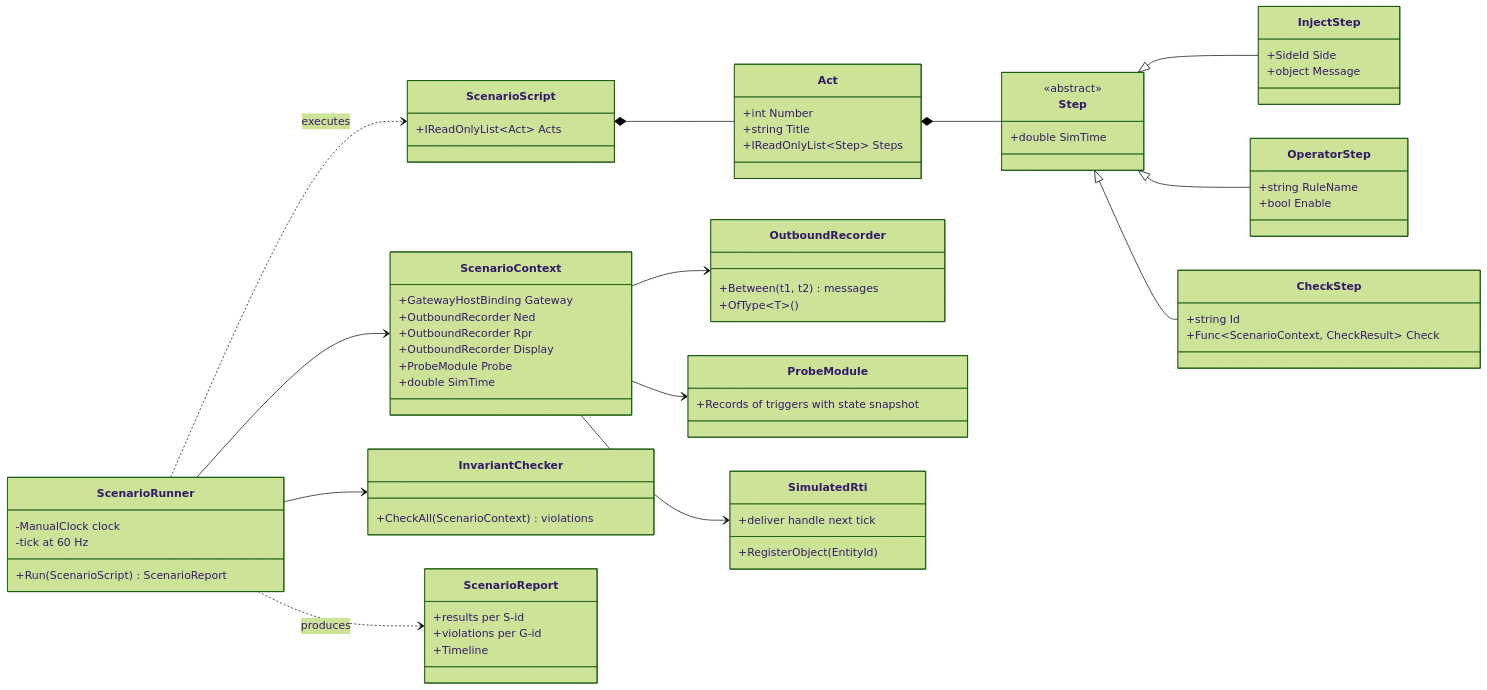
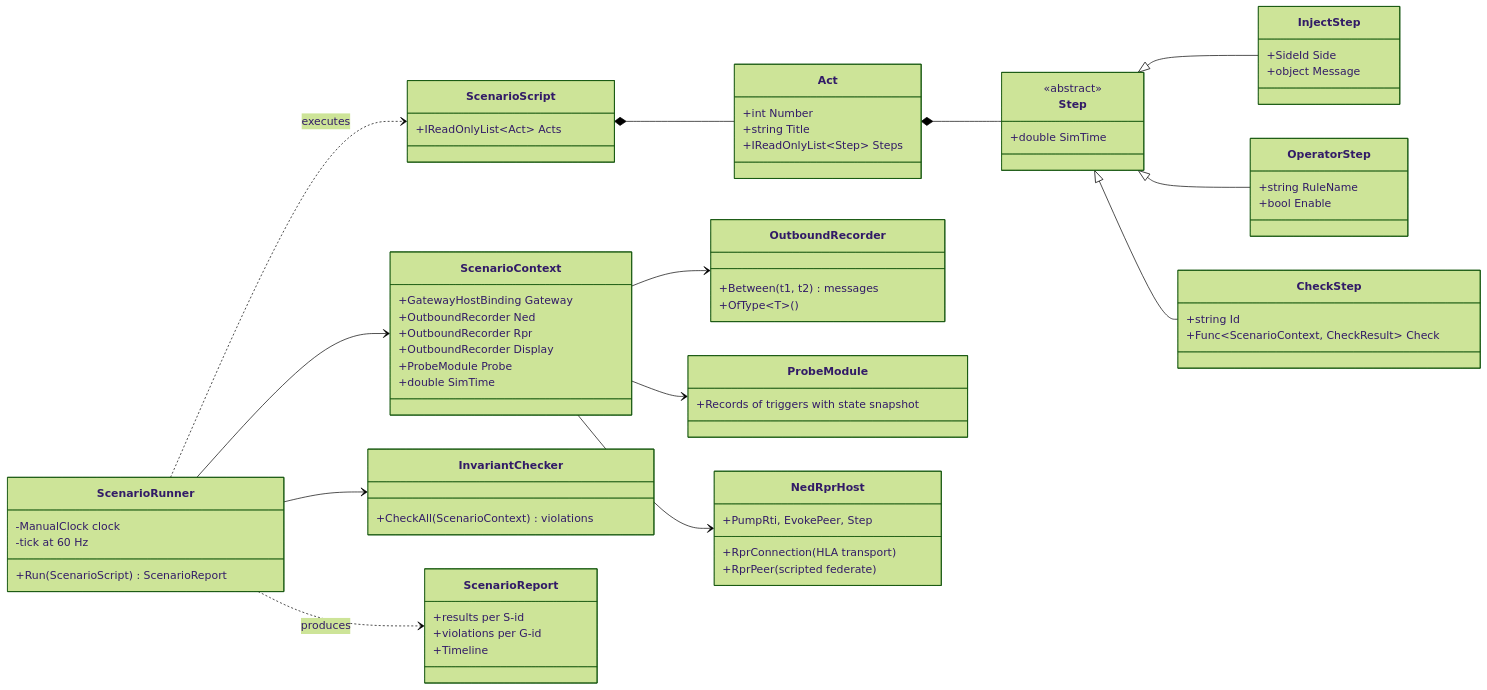
The third of 5 diagrams in docs/design/DD-002-Showcase-Scenario.md (pjanec/SimNetGateway), drawn with Mermaid (forest theme) before and after one commit. The commit also changed other lines of this file and 51 other files, not shown here.

````diff
--- a/docs/design/DD-002-Showcase-Scenario.md
+++ b/docs/design/DD-002-Showcase-Scenario.md
@@ -331,72 +334,73 @@
 ```mermaid
 classDiagram
     direction LR
     class ScenarioScript {
         +IReadOnlyList~Act~ Acts
     }
     class Act {
         +int Number
         +string Title
         +IReadOnlyList~Step~ Steps
     }
     class Step {
         <<abstract>>
         +double SimTime
     }
     class InjectStep {
         +SideId Side
         +object Message
     }
     class OperatorStep {
         +string RuleName
         +bool Enable
     }
     class CheckStep {
         +string Id
         +Func~ScenarioContext, CheckResult~ Check
     }
     class ScenarioRunner {
         +Run(ScenarioScript) ScenarioReport
         -ManualClock clock
         -tick at 60 Hz
     }
     class ScenarioContext {
         +GatewayHostBinding Gateway
         +OutboundRecorder Ned
         +OutboundRecorder Rpr
         +OutboundRecorder Display
         +ProbeModule Probe
         +double SimTime
     }
     class OutboundRecorder {
         +Between(t1, t2) messages
         +OfType~T~()
     }
     class InvariantChecker {
         +CheckAll(ScenarioContext) violations
     }
     class ProbeModule {
         +Records of triggers with state snapshot
     }
-    class SimulatedRti {
-        +RegisterObject(EntityId)
-        +deliver handle next tick
+    class NedRprHost {
+        +RprConnection (HLA transport)
+        +RprPeer (scripted federate)
+        +PumpRti, EvokePeer, Step
     }
     class ScenarioReport {
         +results per S-id
         +violations per G-id
         +Timeline
     }
     ScenarioScript *-- Act
     Act *-- Step
     Step <|-- InjectStep
     Step <|-- OperatorStep
     Step <|-- CheckStep
     ScenarioRunner ..> ScenarioScript : executes
     ScenarioRunner --> ScenarioContext
     ScenarioRunner --> InvariantChecker
     ScenarioRunner ..> ScenarioReport : produces
     ScenarioContext --> OutboundRecorder
     ScenarioContext --> ProbeModule
-    ScenarioContext --> SimulatedRti
+    ScenarioContext --> NedRprHost
 ```
````
